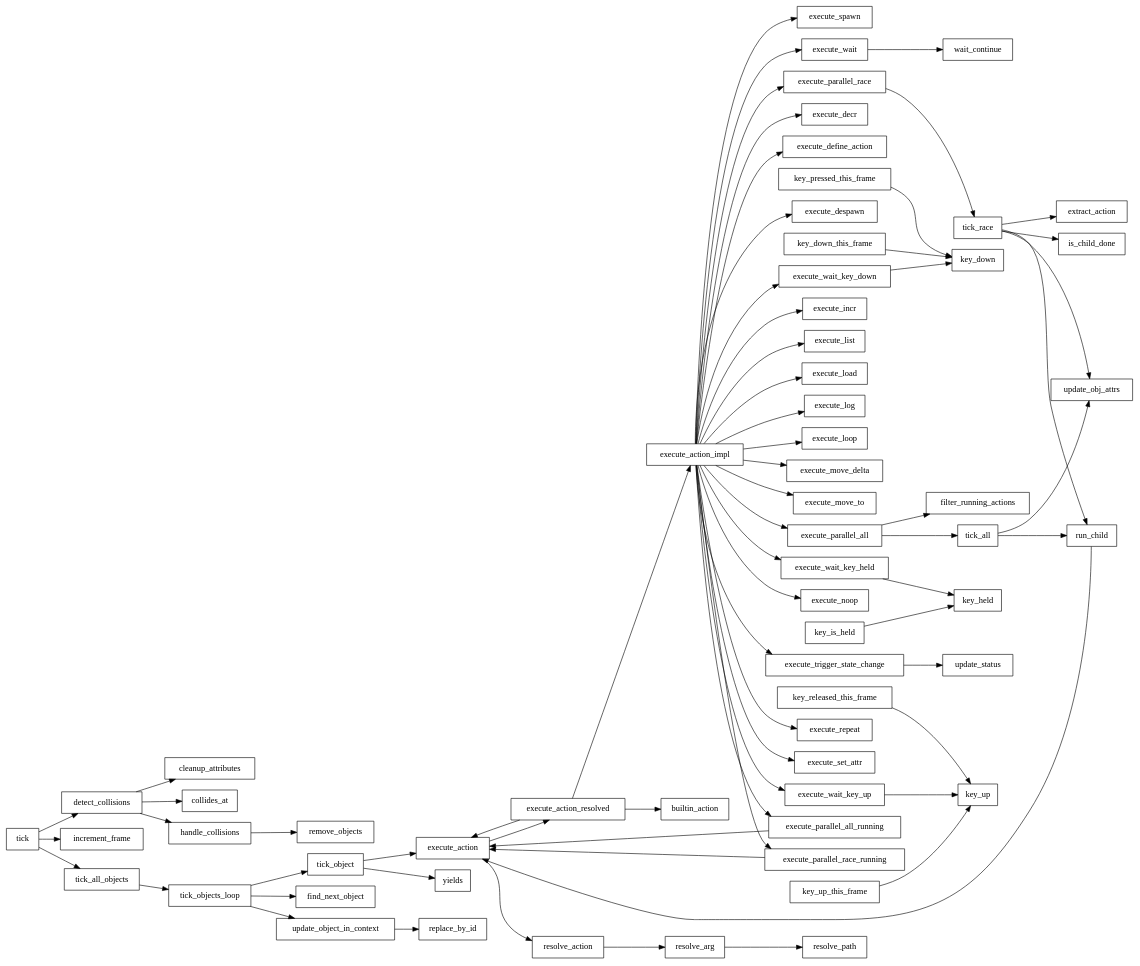
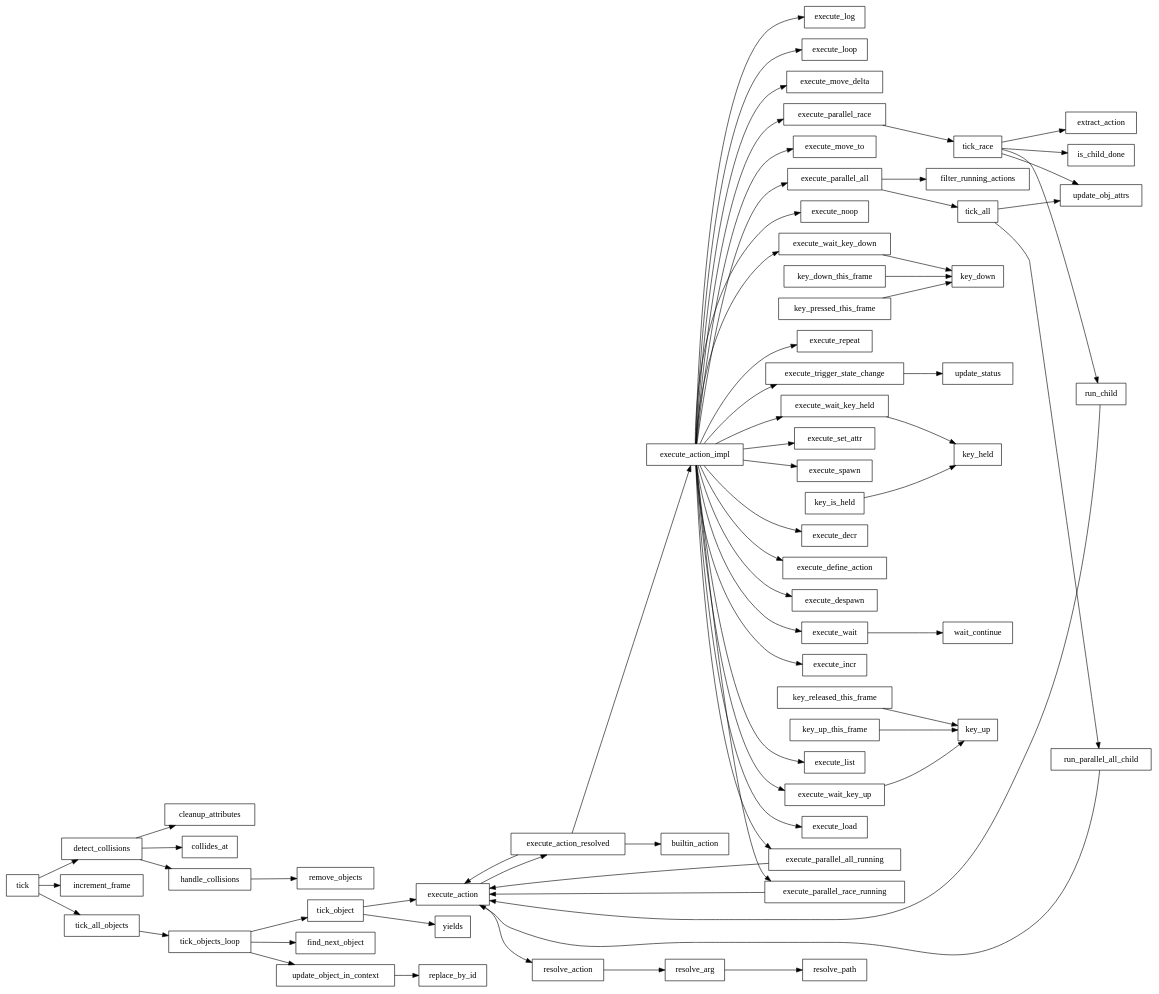
Before and after one commit to fredrik-hjarner/prologinator: the diagram in graph.dot, drawn with Graphviz. The commit also changed 1 other file, not shown here.

```diff
--- a/graph.dot
+++ b/graph.dot
@@ -1,70 +1,71 @@
 digraph G {
   rankdir=LR;
   node [shape=box];
   "detect_collisions" -> "cleanup_attributes";
   "detect_collisions" -> "collides_at";
   "detect_collisions" -> "handle_collisions";
   "execute_action" -> "execute_action_resolved";
   "execute_action" -> "resolve_action";
   "execute_action_impl" -> "execute_decr";
   "execute_action_impl" -> "execute_define_action";
   "execute_action_impl" -> "execute_despawn";
   "execute_action_impl" -> "execute_incr";
   "execute_action_impl" -> "execute_list";
   "execute_action_impl" -> "execute_load";
   "execute_action_impl" -> "execute_log";
   "execute_action_impl" -> "execute_loop";
   "execute_action_impl" -> "execute_move_delta";
   "execute_action_impl" -> "execute_move_to";
   "execute_action_impl" -> "execute_noop";
   "execute_action_impl" -> "execute_parallel_all";
   "execute_action_impl" -> "execute_parallel_all_running";
   "execute_action_impl" -> "execute_parallel_race";
   "execute_action_impl" -> "execute_parallel_race_running";
   "execute_action_impl" -> "execute_repeat";
   "execute_action_impl" -> "execute_set_attr";
   "execute_action_impl" -> "execute_spawn";
   "execute_action_impl" -> "execute_trigger_state_change";
   "execute_action_impl" -> "execute_wait";
   "execute_action_impl" -> "execute_wait_key_down";
   "execute_action_impl" -> "execute_wait_key_held";
   "execute_action_impl" -> "execute_wait_key_up";
   "execute_action_resolved" -> "builtin_action";
   "execute_action_resolved" -> "execute_action";
   "execute_action_resolved" -> "execute_action_impl";
   "execute_parallel_all" -> "filter_running_actions";
   "execute_parallel_all" -> "tick_all";
   "execute_parallel_all_running" -> "execute_action";
   "execute_parallel_race" -> "tick_race";
   "execute_parallel_race_running" -> "execute_action";
   "execute_trigger_state_change" -> "update_status";
   "execute_wait" -> "wait_continue";
   "execute_wait_key_down" -> "key_down";
   "execute_wait_key_held" -> "key_held";
   "execute_wait_key_up" -> "key_up";
   "handle_collisions" -> "remove_objects";
   "key_down_this_frame" -> "key_down";
   "key_is_held" -> "key_held";
   "key_pressed_this_frame" -> "key_down";
   "key_released_this_frame" -> "key_up";
   "key_up_this_frame" -> "key_up";
   "resolve_action" -> "resolve_arg";
   "resolve_arg" -> "resolve_path";
   "run_child" -> "execute_action";
+  "run_parallel_all_child" -> "execute_action";
   "tick" -> "detect_collisions";
   "tick" -> "increment_frame";
   "tick" -> "tick_all_objects";
-  "tick_all" -> "run_child";
+  "tick_all" -> "run_parallel_all_child";
   "tick_all" -> "update_obj_attrs";
   "tick_all_objects" -> "tick_objects_loop";
   "tick_object" -> "execute_action";
   "tick_object" -> "yields";
   "tick_objects_loop" -> "find_next_object";
   "tick_objects_loop" -> "tick_object";
   "tick_objects_loop" -> "update_object_in_context";
   "tick_race" -> "extract_action";
   "tick_race" -> "is_child_done";
   "tick_race" -> "run_child";
   "tick_race" -> "update_obj_attrs";
   "update_object_in_context" -> "replace_by_id";
 }
```
